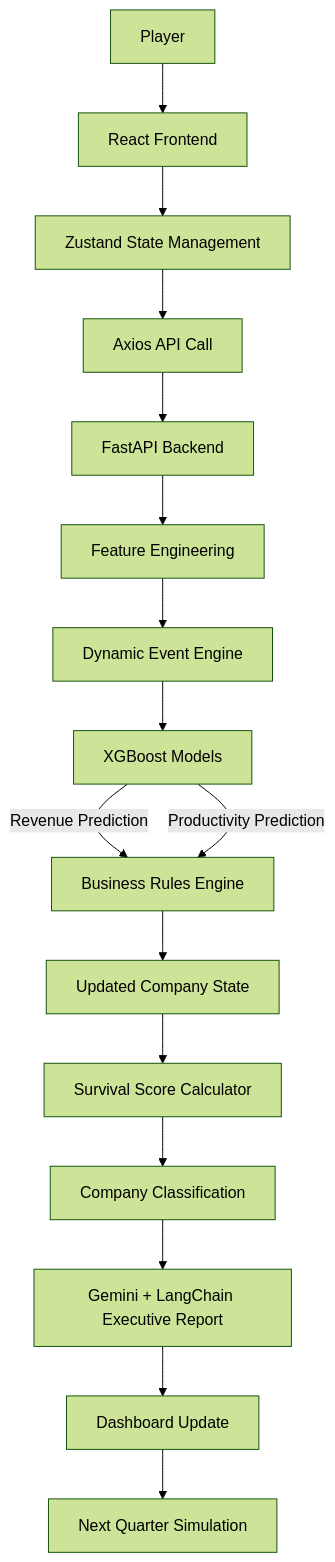
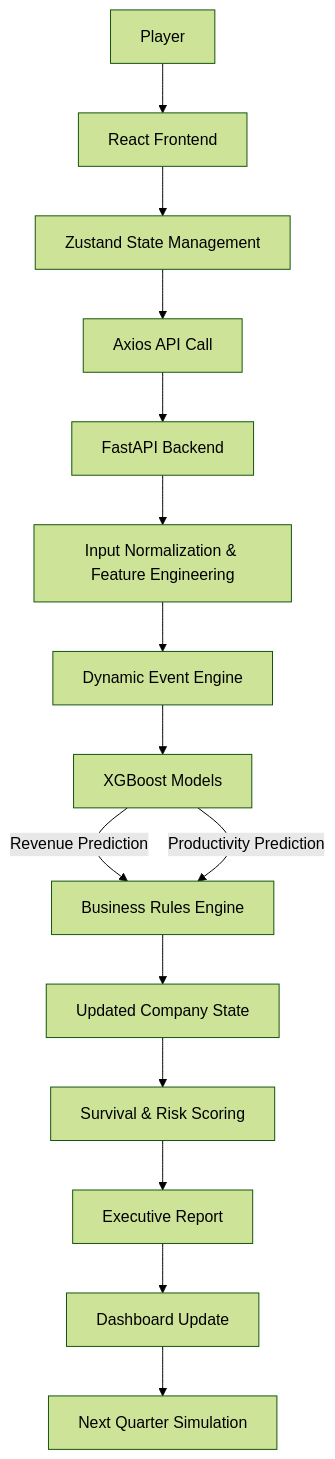
One commit to HARISHLAL007/thelastceotryingtodeploy changed the diagram in README.md. Above: the diagram before and after it, drawn with Mermaid (forest theme). The commit also changed other lines of this file, not shown here.

Commit message:
docs: professional README redesign with TOC, feature/tech/API tables, and contributors

````diff
--- a/README.md
+++ b/README.md
@@ -99,18 +108,17 @@
 ```mermaid
 graph TD;
     A[Player] --> B[React Frontend]
     B --> C[Zustand State Management]
     C --> D[Axios API Call]
     D --> E[FastAPI Backend]
-    E --> F[Feature Engineering]
+    E --> F[Input Normalization & Feature Engineering]
     F --> G[Dynamic Event Engine]
     G --> H[XGBoost Models]
     H -->|Revenue Prediction| I[Business Rules Engine]
     H -->|Productivity Prediction| I
     I --> J[Updated Company State]
-    J --> K[Survival Score Calculator]
-    K --> L[Company Classification]
-    L --> M[Gemini + LangChain Executive Report]
-    M --> N[Dashboard Update]
-    N --> O[Next Quarter Simulation]
+    J --> K[Survival & Risk Scoring]
+    K --> L[Executive Report]
+    L --> M[Dashboard Update]
+    M --> N[Next Quarter Simulation]
 ```
````
